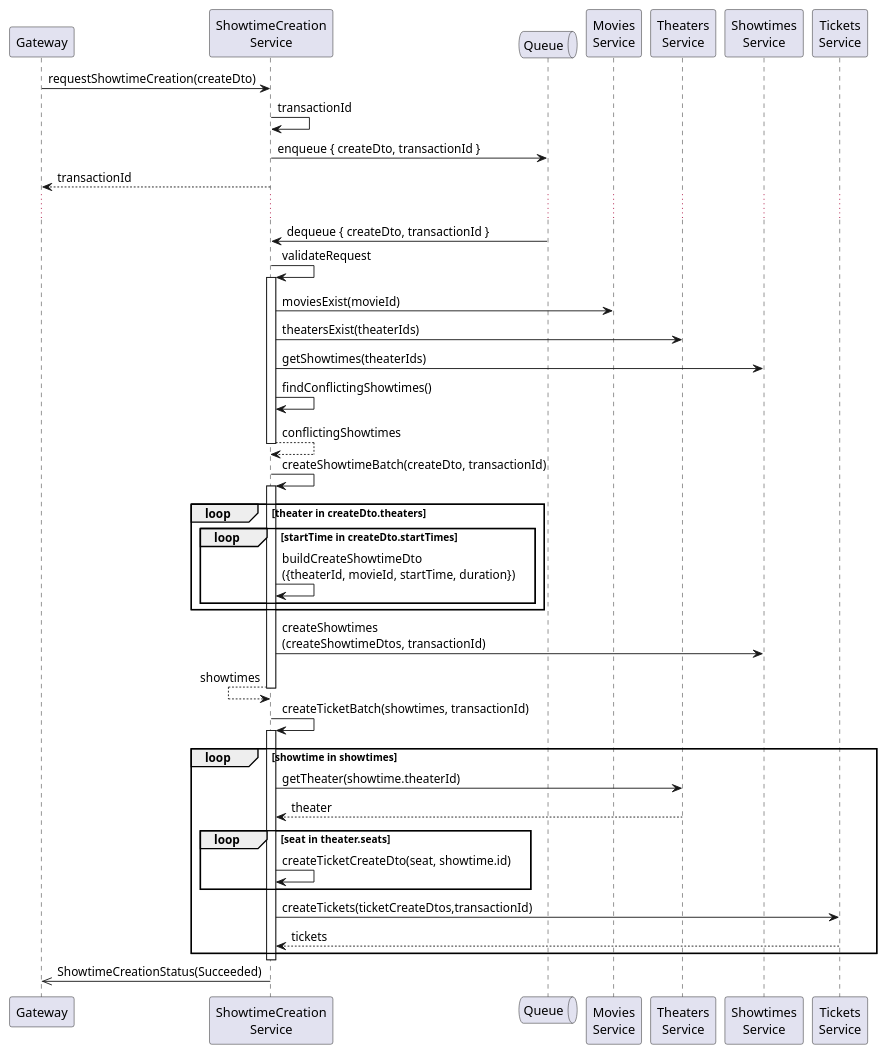
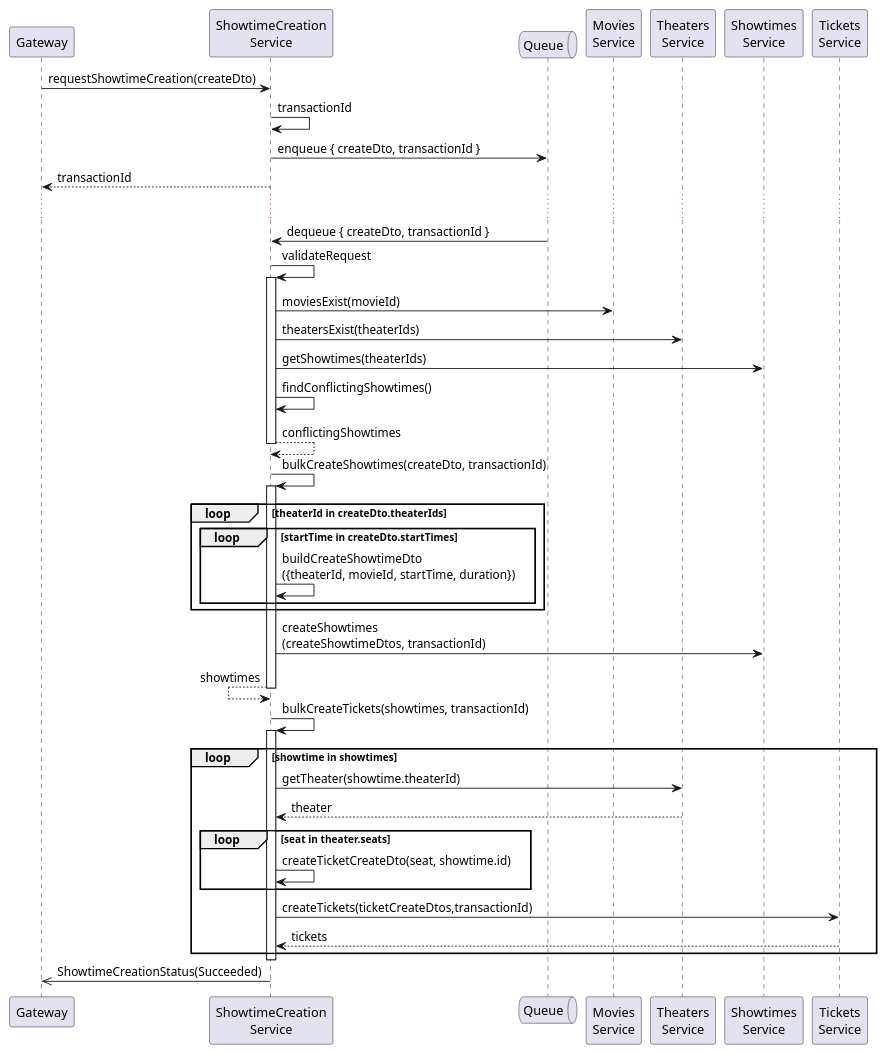
Before and after one commit to mannercode/mannercode.github.io: the seventh of 16 diagrams in _posts/2025-06-01-backend-design-3.md, drawn with PlantUML. The commit also changed other lines of this file and 122 other files, not shown here.

First line of the commit message:
Add UML diagrams for Showtime Creation workflow

```diff
--- a/_posts/2025-06-01-backend-design-3.md
+++ b/_posts/2025-06-01-backend-design-3.md
@@ -410,54 +427,54 @@
 {% plantuml %}
 @startuml
 participant Gateway as gateway
 participant "ShowtimeCreation\nService" as creation
 Queue Queue as queue
 participant "Movies\nService" as movies
 participant "Theaters\nService" as theaters
 participant "Showtimes\nService" as showtimes
 participant "Tickets\nService" as tickets
 
 gateway -> creation: requestShowtimeCreation(createDto)
     creation -> creation: transactionId
     creation -> queue: enqueue { createDto, transactionId }
 gateway <-- creation: transactionId
 ...
 queue -> creation: dequeue { createDto, transactionId }
     creation -> creation: validateRequest
     activate creation
     creation -> movies: moviesExist(movieId)
     creation -> theaters: theatersExist(theaterIds)
     creation -> showtimes: getShowtimes(theaterIds)
     creation -> creation: findConflictingShowtimes()
     creation --> creation: conflictingShowtimes
     deactivate creation
 
-    creation -> creation: createShowtimeBatch(createDto, transactionId)
+    creation -> creation: bulkCreateShowtimes(createDto, transactionId)
     activate creation
-        loop theater in createDto.theaters
+        loop theaterId in createDto.theaterIds
             loop startTime in createDto.startTimes
                 creation -> creation: buildCreateShowtimeDto\n({theaterId, movieId, startTime, duration})
             end
         end
 
         creation -> showtimes: createShowtimes\n(createShowtimeDtos, transactionId)
         creation <-- creation: showtimes
     deactivate creation
 
-    creation -> creation: createTicketBatch(showtimes, transactionId)
+    creation -> creation: bulkCreateTickets(showtimes, transactionId)
     activate creation
         loop showtime in showtimes
             creation -> theaters: getTheater(showtime.theaterId)
             creation <-- theaters: theater
             loop seat in theater.seats
                 creation -> creation: createTicketCreateDto(seat, showtime.id)
             end
             creation -> tickets: createTickets(ticketCreateDtos,transactionId)
             creation <-- tickets: tickets
         end
     deactivate creation
 
 gateway <<- creation: ShowtimeCreationStatus(Succeeded)
 
 @enduml
 {% endplantuml %}
```
